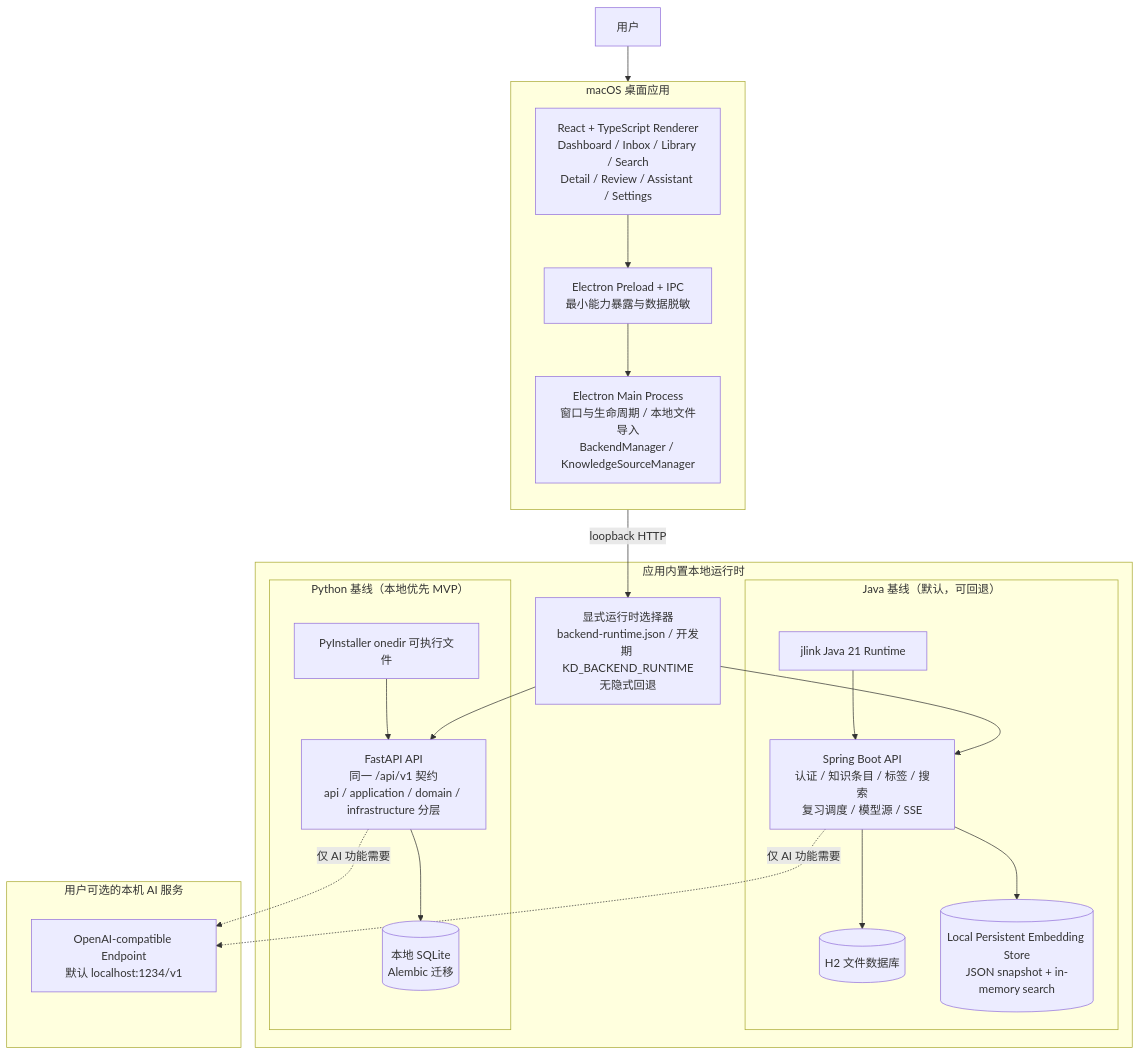
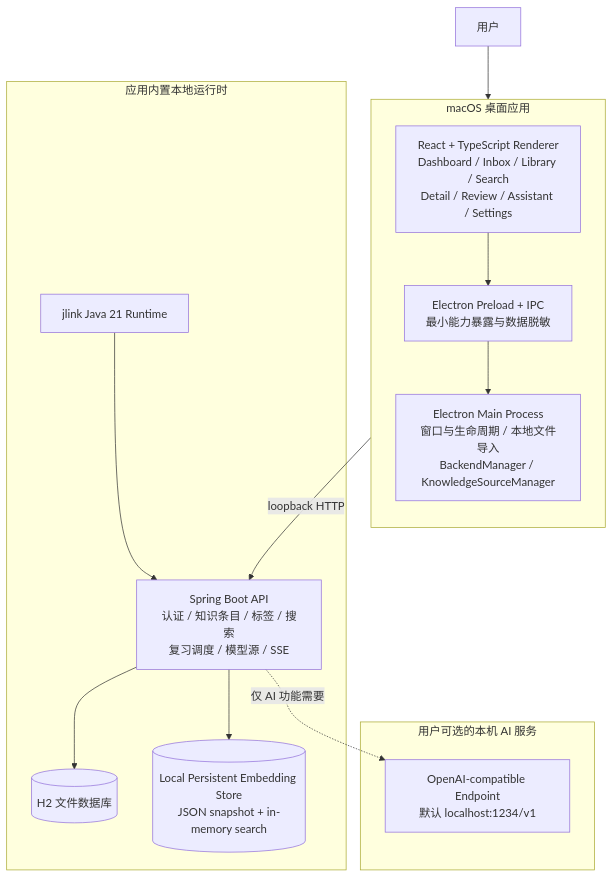
One commit to lqq151510/Ai-Agent changed the second of 6 diagrams in PROJECT_SHOWCASE.md. Above: the diagram before and after it, drawn with Mermaid. The commit also changed other lines of this file and 87 other files, not shown here.

Commit message:
revert: restore Java-only backend baseline

````diff
--- a/PROJECT_SHOWCASE.md
+++ b/PROJECT_SHOWCASE.md
@@ -30,43 +28,30 @@
 ```mermaid
 flowchart TB
     U[用户]
 
     subgraph Desktop[macOS 桌面应用]
         direction TB
         UI[React + TypeScript Renderer<br/>Dashboard / Inbox / Library / Search<br/>Detail / Review / Assistant / Settings]
         IPC[Electron Preload + IPC<br/>最小能力暴露与数据脱敏]
         MAIN[Electron Main Process<br/>窗口与生命周期 / 本地文件导入<br/>BackendManager / KnowledgeSourceManager]
     end
 
     subgraph LocalRuntime[应用内置本地运行时]
-        SELECTOR[显式运行时选择器<br/>backend-runtime.json / 开发期 KD_BACKEND_RUNTIME<br/>无隐式回退]
-        subgraph JavaBaseline[Java 基线（默认，可回退）]
-            API[Spring Boot API<br/>认证 / 知识条目 / 标签 / 搜索<br/>复习调度 / 模型源 / SSE]
-            DB[(H2 文件数据库)]
-            VEC[(Local Persistent Embedding Store<br/>JSON snapshot + in-memory search)]
-            JRE[jlink Java 21 Runtime]
-        end
-        subgraph PythonBaseline[Python 基线（本地优先 MVP）]
-            PAPI[FastAPI API<br/>同一 /api/v1 契约<br/>api / application / domain / infrastructure 分层]
-            PDB[(本地 SQLite<br/>Alembic 迁移)]
-            PBIN[PyInstaller onedir 可执行文件]
-        end
+        API[Spring Boot API<br/>认证 / 知识条目 / 标签 / 搜索<br/>复习调度 / 模型源 / SSE]
+        DB[(H2 文件数据库)]
+        VEC[(Local Persistent Embedding Store<br/>JSON snapshot + in-memory search)]
+        JRE[jlink Java 21 Runtime]
     end
 
     subgraph OptionalAI[用户可选的本机 AI 服务]
         MODEL[OpenAI-compatible Endpoint<br/>默认 localhost:1234/v1]
     end
 
     U --> UI
     UI --> IPC --> MAIN
-    MAIN -->|loopback HTTP| SELECTOR
-    SELECTOR --> API
-    SELECTOR --> PAPI
+    MAIN -->|loopback HTTP| API
     JRE --> API
     API --> DB
     API --> VEC
-    PBIN --> PAPI
-    PAPI --> PDB
     API -.->|仅 AI 功能需要| MODEL
-    PAPI -.->|仅 AI 功能需要| MODEL
 ```
````
